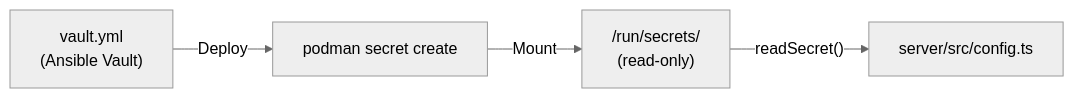
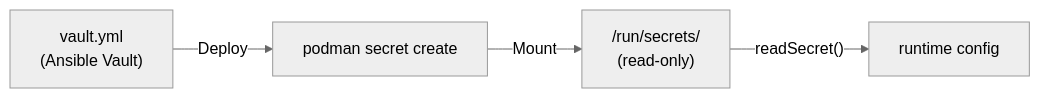
Before and after one commit to dnviti/arsenale: the third of 4 diagrams in docs/deployment.md, drawn with Mermaid (neutral theme). The commit also changed other lines of this file and 300 other files, not shown here.

````diff
--- a/docs/deployment.md
+++ b/docs/deployment.md
@@ -223,6 +219,6 @@
 ```mermaid
 flowchart LR
     Vault["vault.yml\n(Ansible Vault)"] -->|"Deploy"| Podman["podman secret create"]
     Podman -->|"Mount"| Container["/run/secrets/\n(read-only)"]
-    Container -->|"readSecret()"| Config["server/src/config.ts"]
+    Container -->|"readSecret()"| Config["runtime config"]
 ```
````
